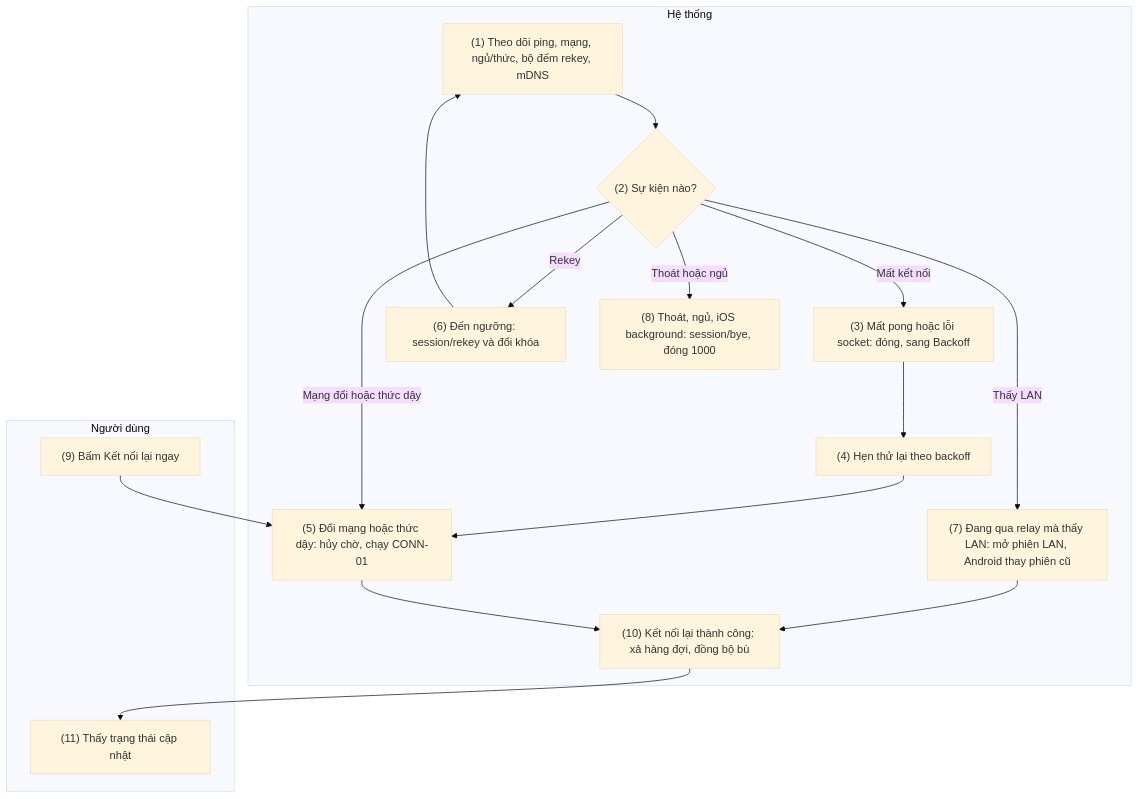
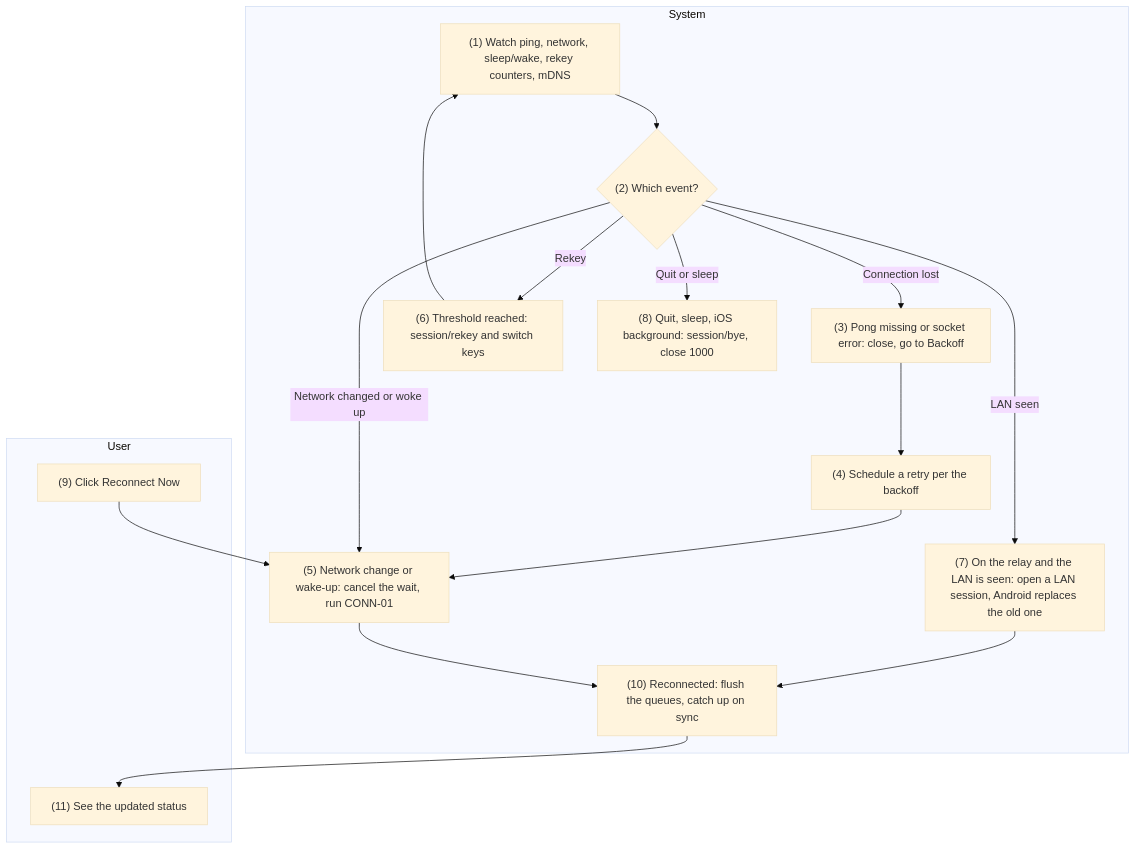
The second of 4 diagrams in docs/detailed-design/03-connectivity.md (HandLive/handlive), drawn with Mermaid (base theme) before and after one commit. The commit also changed other lines of this file and 1 other file, not shown here.

````diff
--- a/docs/detailed-design/03-connectivity.md
+++ b/docs/detailed-design/03-connectivity.md
@@ -303,26 +309,26 @@
 ```mermaid
 flowchart TB
-  subgraph ND["Người dùng"]
-    U9["(9) Bấm Kết nối lại ngay"]
-    U11["(11) Thấy trạng thái cập nhật"]
+  subgraph ND["User"]
+    U9["(9) Click Reconnect Now"]
+    U11["(11) See the updated status"]
   end
-  subgraph HT["Hệ thống"]
-    S1["(1) Theo dõi ping, mạng, ngủ/thức, bộ đếm rekey, mDNS"]
-    D2{"(2) Sự kiện nào?"}
-    S3["(3) Mất pong hoặc lỗi socket: đóng, sang Backoff"]
-    S4["(4) Hẹn thử lại theo backoff"]
-    S5["(5) Đổi mạng hoặc thức dậy: hủy chờ, chạy CONN-01"]
-    S6["(6) Đến ngưỡng: session/rekey và đổi khóa"]
-    S7["(7) Đang qua relay mà thấy LAN: mở phiên LAN, Android thay phiên cũ"]
-    S8["(8) Thoát, ngủ, iOS background: session/bye, đóng 1000"]
-    S10["(10) Kết nối lại thành công: xả hàng đợi, đồng bộ bù"]
+  subgraph HT["System"]
+    S1["(1) Watch ping, network, sleep/wake, rekey counters, mDNS"]
+    D2{"(2) Which event?"}
+    S3["(3) Pong missing or socket error: close, go to Backoff"]
+    S4["(4) Schedule a retry per the backoff"]
+    S5["(5) Network change or wake-up: cancel the wait, run CONN-01"]
+    S6["(6) Threshold reached: session/rekey and switch keys"]
+    S7["(7) On the relay and the LAN is seen: open a LAN session, Android replaces the old one"]
+    S8["(8) Quit, sleep, iOS background: session/bye, close 1000"]
+    S10["(10) Reconnected: flush the queues, catch up on sync"]
   end
   S1 --> D2
-  D2 -- "Mất kết nối" --> S3 --> S4 --> S5
-  D2 -- "Mạng đổi hoặc thức dậy" --> S5
+  D2 -- "Connection lost" --> S3 --> S4 --> S5
+  D2 -- "Network changed or woke up" --> S5
   D2 -- "Rekey" --> S6 --> S1
-  D2 -- "Thấy LAN" --> S7 --> S10
-  D2 -- "Thoát hoặc ngủ" --> S8
+  D2 -- "LAN seen" --> S7 --> S10
+  D2 -- "Quit or sleep" --> S8
   U9 --> S5
   S5 --> S10 --> U11
 ```
````
